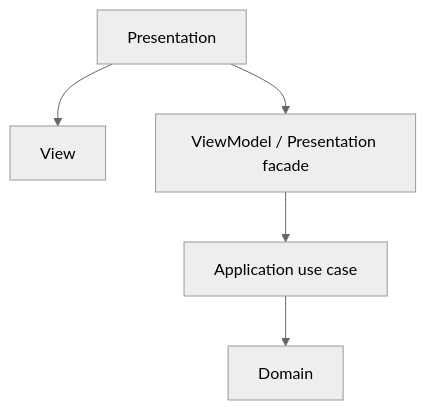
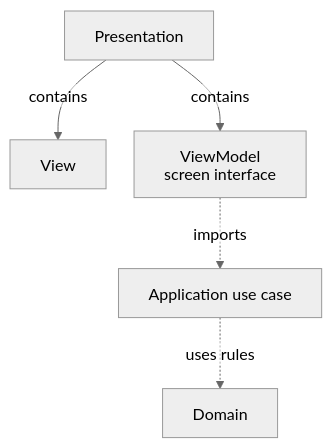
Before and after one commit to AndresTaoFlorez/software-architecture: the third of 3 diagrams in architecture/patterns/presentation/model-view-viewmodel/3-mvvm-on-the-frontend.md, drawn with Mermaid (neutral theme). The commit also changed other lines of this file and 79 other files, not shown here.

````diff
--- a/architecture/patterns/presentation/model-view-viewmodel/3-mvvm-on-the-frontend.md
+++ b/architecture/patterns/presentation/model-view-viewmodel/3-mvvm-on-the-frontend.md
@@ -115,6 +135,7 @@
 ```mermaid
+%%{init: {"htmlLabels": false, "flowchart": {"htmlLabels": false, "nodeSpacing": 28, "rankSpacing": 48, "diagramPadding": 20, "wrappingWidth": 280}, "sequence": {"wrap": true, "diagramMarginX": 20, "diagramMarginY": 20}}}%%
 flowchart TD
-    P["Presentation"] --> V["View"]
-    P --> VM["ViewModel / Presentation facade"]
-    VM --> A["Application use case"] --> D["Domain"]
+    P["Presentation"] -->|"contains"| V["View"]
+    P -->|"contains"| VM["ViewModel<br/>screen interface"]
+    VM -. "imports" .-> A["Application use case"] -. "uses rules" .-> D["Domain"]
 ```
````
